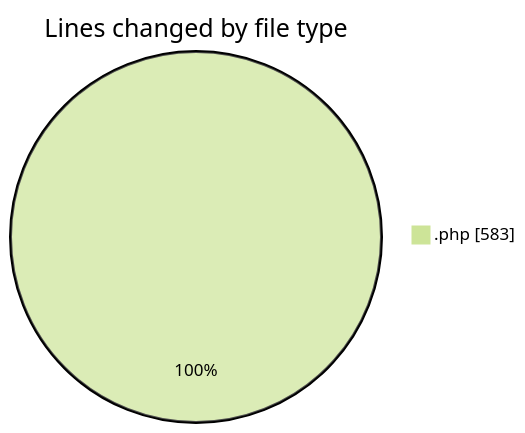
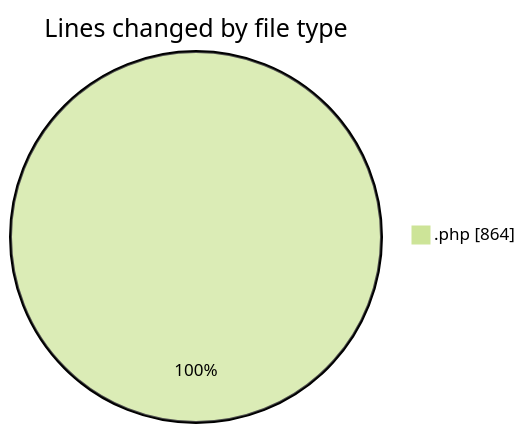
The first of 2 diagrams in 2026-07-10/wp-content/README.md (debugP/code-tracking), drawn with Mermaid (forest theme) before and after one commit. The commit also changed other lines of this file and 1 other file, not shown here.

````diff
--- a/2026-07-10/wp-content/README.md
+++ b/2026-07-10/wp-content/README.md
@@ -20,5 +20,5 @@
 ```mermaid
 pie showData
 title Lines changed by file type
-".php" : 583
+".php" : 864
 ```
````
